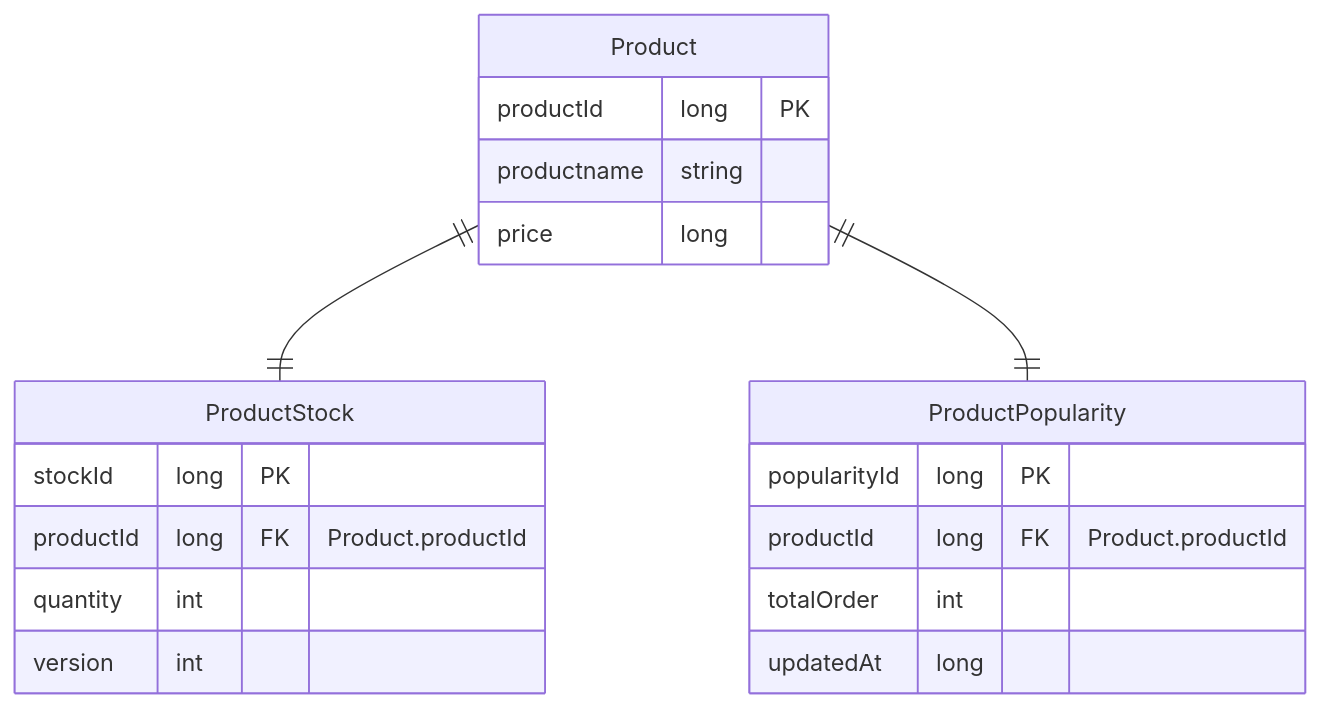
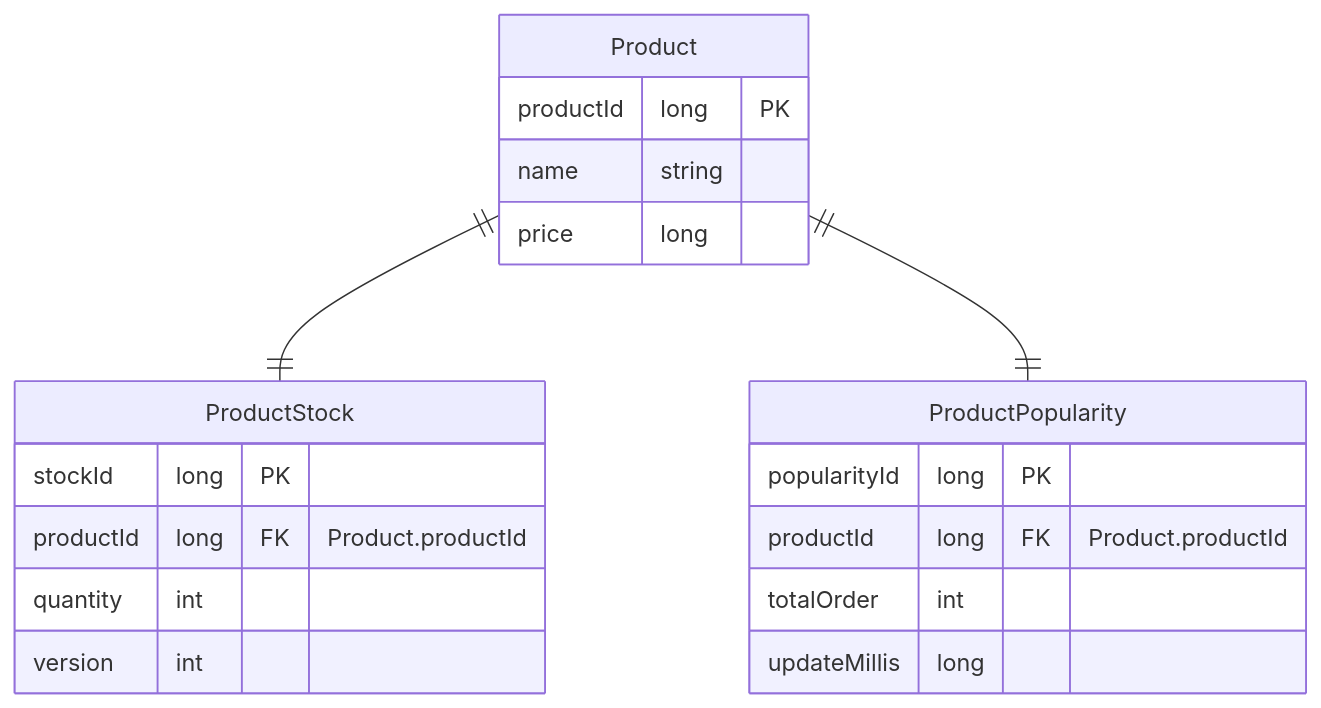
One commit to chapakook/kotlin-ecommerce changed the fifth of 5 diagrams in docs/erd.md. Above: the diagram before and after it, drawn with Mermaid. The commit also changed other lines of this file, not shown here.

Commit message:
[DOC] erd.md 업데이트 date -> millis

````diff
--- a/docs/erd.md
+++ b/docs/erd.md
@@ -259,22 +259,22 @@
 ```mermaid
 erDiagram
     Product{
         productId long PK
-        productname string
+        name string
         price long
     }
     ProductStock{
         stockId long PK
         productId long FK "Product.productId"
         quantity int 
         version int
     }
     ProductPopularity{
         popularityId long PK
         productId long FK "Product.productId"
         totalOrder int
-        updatedAt long
+        updateMillis long
     }
     Product ||--|| ProductStock: ""
     Product ||--|| ProductPopularity: ""
 ```
````
